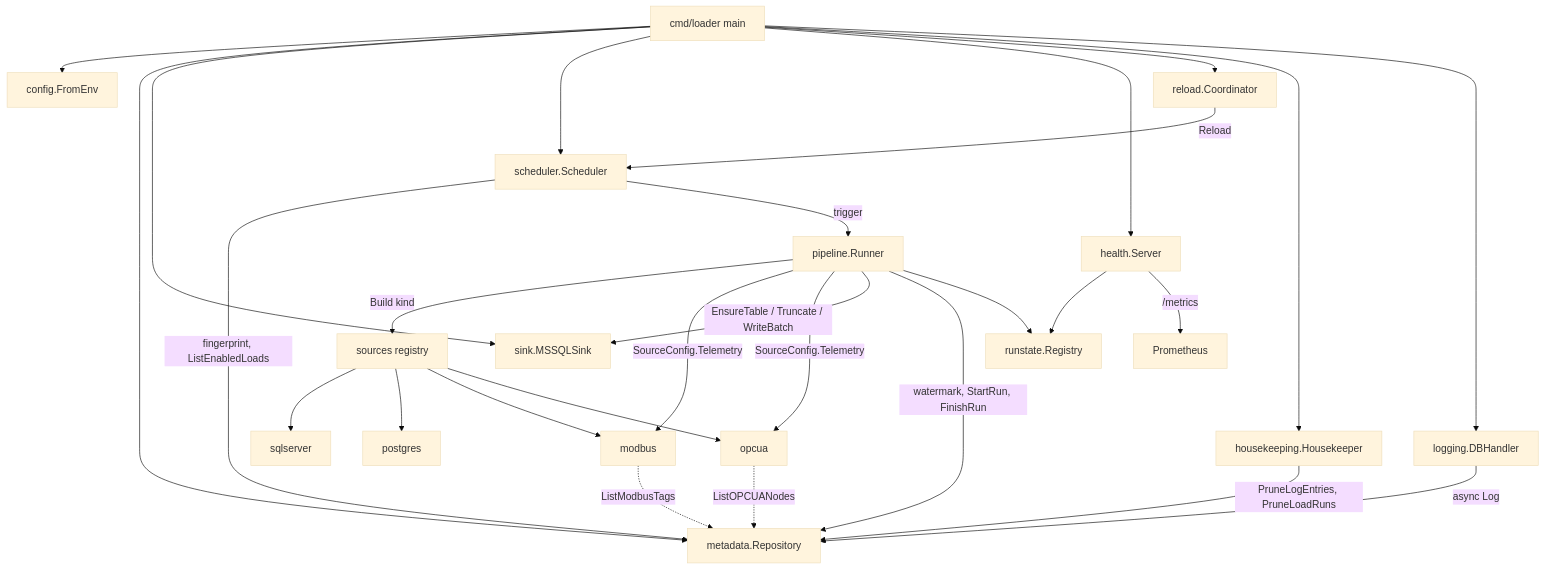
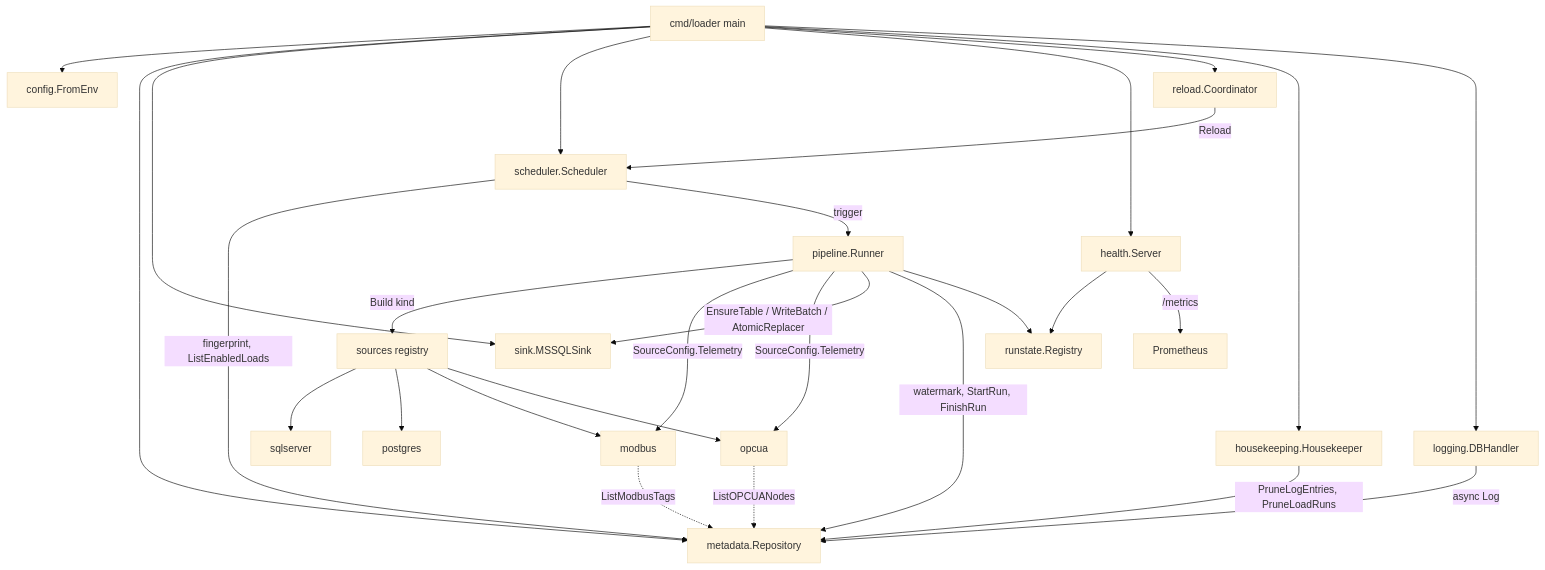
The third of 8 diagrams in docs/02-architecture.md (slaghuis/data-loader), drawn with Mermaid (base theme) before and after one commit. The commit also changed other lines of this file and 26 other files, not shown here.

````diff
--- a/docs/02-architecture.md
+++ b/docs/02-architecture.md
@@ -149,30 +149,30 @@
 ```mermaid
 flowchart TB
     MAIN["cmd/loader main"] --> CFG["config.FromEnv"]
     MAIN --> REPO["metadata.Repository"]
     MAIN --> SINK["sink.MSSQLSink"]
     MAIN --> SCHED["scheduler.Scheduler"]
     MAIN --> HS["health.Server"]
     MAIN --> RC["reload.Coordinator"]
     MAIN --> HK["housekeeping.Housekeeper"]
     MAIN --> DBH["logging.DBHandler"]
     RC -->|Reload| SCHED
     SCHED -->|fingerprint, ListEnabledLoads| REPO
     SCHED -->|trigger| RUNNER["pipeline.Runner"]
     RUNNER -->|Build kind| REG["sources registry"]
     REG --> SQLS["sqlserver"]
     REG --> PG["postgres"]
     REG --> MB["modbus"]
     REG --> UA["opcua"]
     RUNNER -->|"SourceConfig.Telemetry"| MB
     RUNNER -->|"SourceConfig.Telemetry"| UA
     MB -.->|ListModbusTags| REPO
     UA -.->|ListOPCUANodes| REPO
-    RUNNER -->|EnsureTable / Truncate / WriteBatch| SINK
+    RUNNER -->|EnsureTable / WriteBatch / AtomicReplacer| SINK
     RUNNER -->|watermark, StartRun, FinishRun| REPO
     RUNNER --> RS["runstate.Registry"]
     HS --> RS
     HS -->|"/metrics"| PROM[Prometheus]
     HK -->|PruneLogEntries, PruneLoadRuns| REPO
     DBH -->|async Log| REPO
 ```
````
